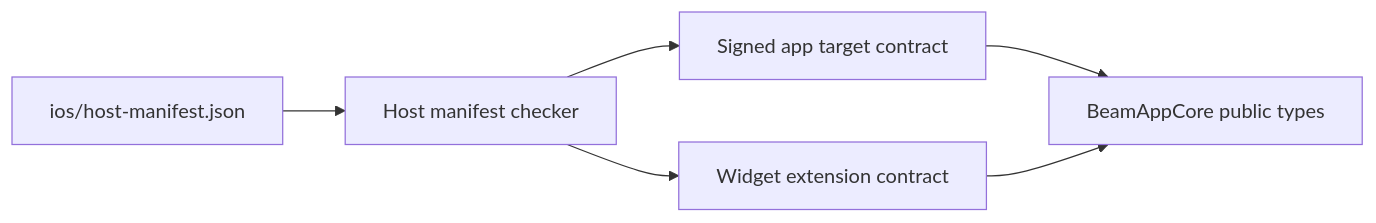
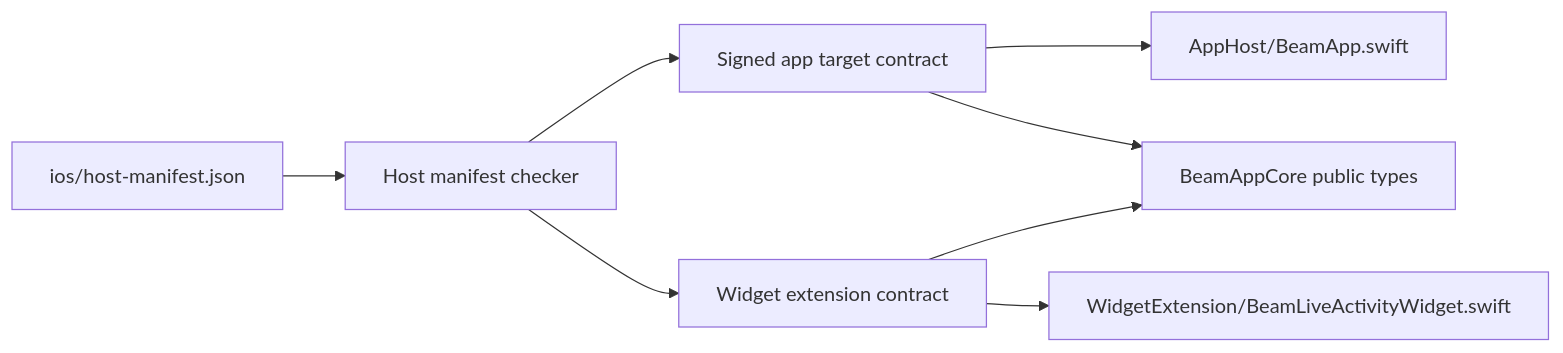
One commit to dotbrains/beam changed the second of 2 diagrams in docs/ios.md. Above: the diagram before and after it, drawn with Mermaid. The commit also changed other lines of this file and 4 other files, not shown here.

````diff
--- a/docs/ios.md
+++ b/docs/ios.md
@@ -158,8 +165,10 @@
 ```mermaid
 flowchart LR
   manifest[ios/host-manifest.json] --> checker[Host manifest checker]
   checker --> appTarget[Signed app target contract]
   checker --> widgetTarget[Widget extension contract]
+  appTarget --> appSource[AppHost/BeamApp.swift]
+  widgetTarget --> widgetSource[WidgetExtension/BeamLiveActivityWidget.swift]
   appTarget --> core[BeamAppCore public types]
   widgetTarget --> core
 ```
````
